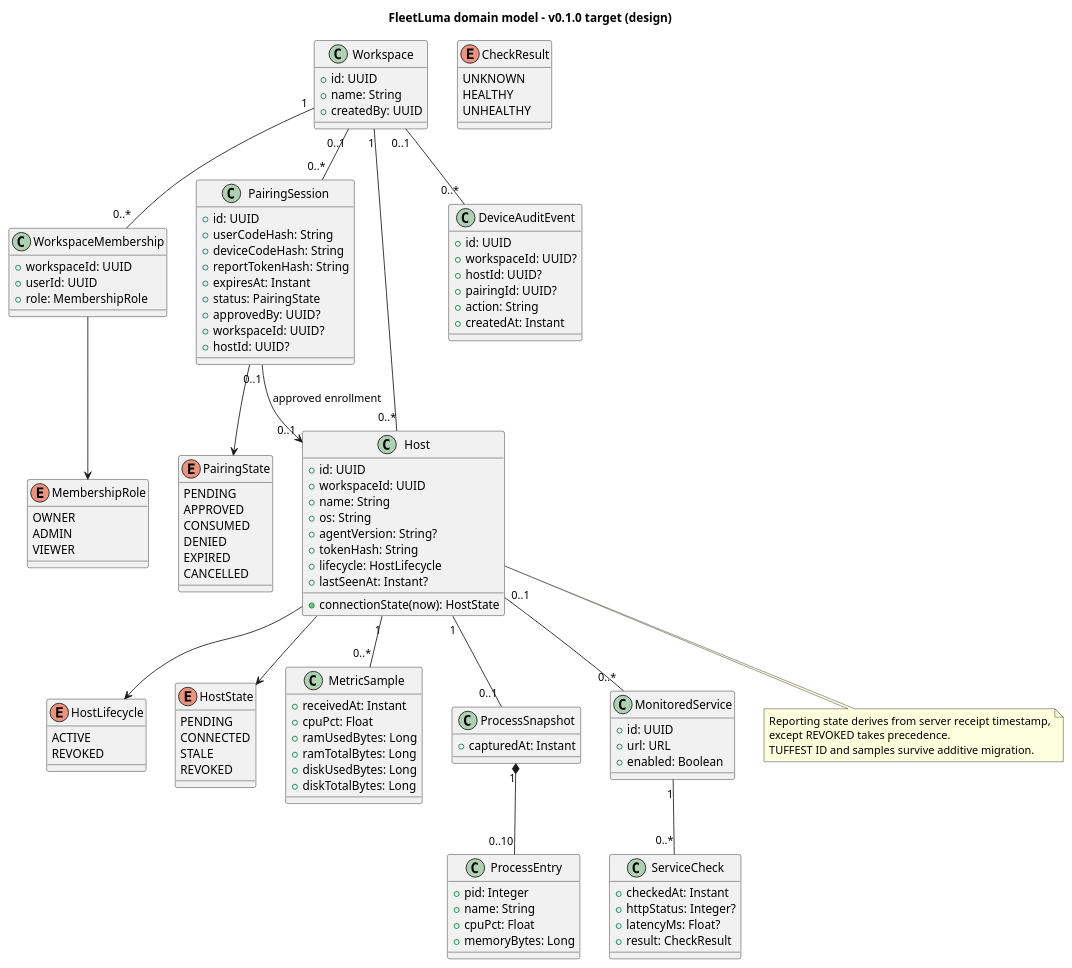
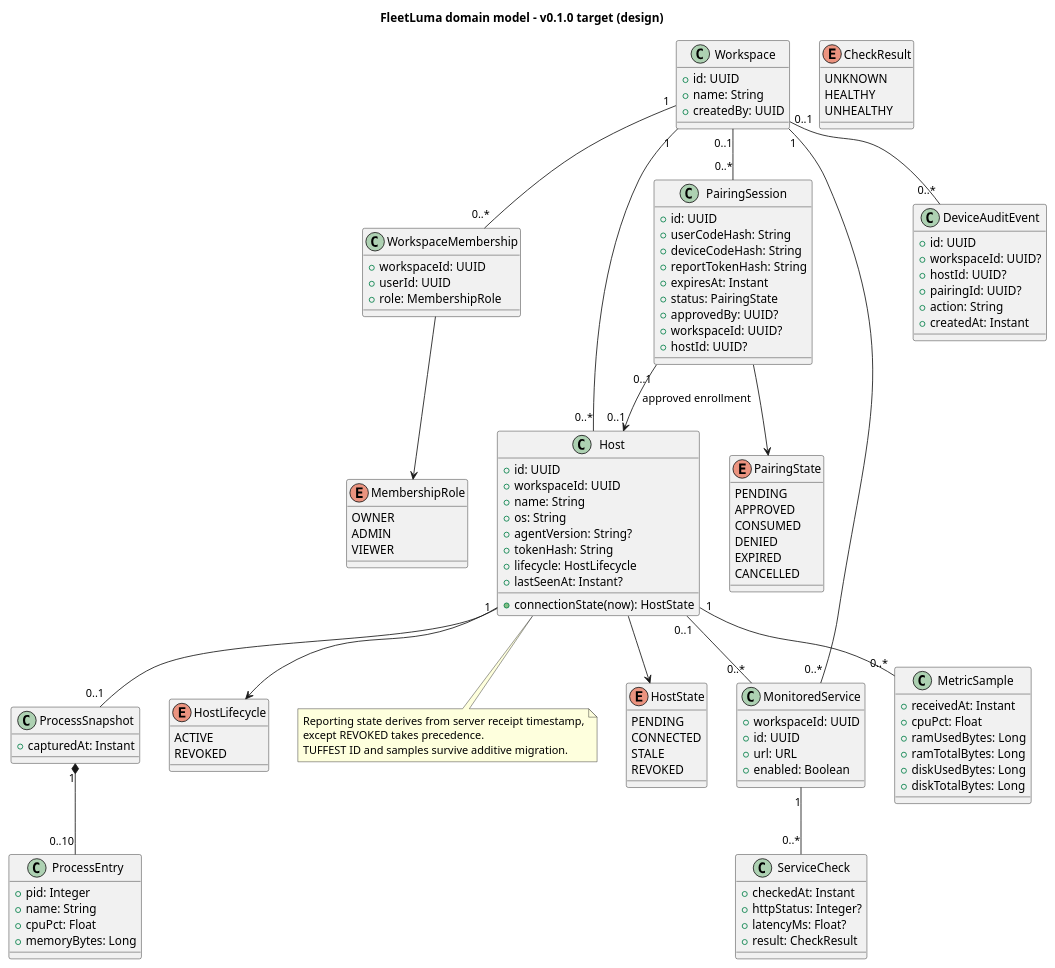
Before and after one commit to Adam-BArbia/fleetluma: the diagram in docs/uml/plantuml/03_class_domain.puml, drawn with PlantUML.

Commit message:
docs(FL-31): explicitly scope independent HTTP services to workspace

```diff
--- a/docs/uml/plantuml/03_class_domain.puml
+++ b/docs/uml/plantuml/03_class_domain.puml
@@ -1,118 +1,120 @@
 @startuml 03_class_domain
 title FleetLuma domain model - v0.1.0 target (design)
 class Workspace {
  +id: UUID
  +name: String
  +createdBy: UUID
 }
 class WorkspaceMembership {
  +workspaceId: UUID
  +userId: UUID
  +role: MembershipRole
 }
 enum MembershipRole {
  OWNER
  ADMIN
  VIEWER
 }
 class PairingSession {
  +id: UUID
  +userCodeHash: String
  +deviceCodeHash: String
  +reportTokenHash: String
  +expiresAt: Instant
  +status: PairingState
  +approvedBy: UUID?
  +workspaceId: UUID?
  +hostId: UUID?
 }
 enum PairingState {
  PENDING
  APPROVED
  CONSUMED
  DENIED
  EXPIRED
  CANCELLED
 }
 class Host {
  +id: UUID
  +workspaceId: UUID
  +name: String
  +os: String
  +agentVersion: String?
  +tokenHash: String
  +lifecycle: HostLifecycle
  +lastSeenAt: Instant?
  +connectionState(now): HostState
 }
 enum HostLifecycle {
  ACTIVE
  REVOKED
 }
 enum HostState {
  PENDING
  CONNECTED
  STALE
  REVOKED
 }
 class DeviceAuditEvent {
  +id: UUID
  +workspaceId: UUID?
  +hostId: UUID?
  +pairingId: UUID?
  +action: String
  +createdAt: Instant
 }
 class MetricSample {
  +receivedAt: Instant
  +cpuPct: Float
  +ramUsedBytes: Long
  +ramTotalBytes: Long
  +diskUsedBytes: Long
  +diskTotalBytes: Long
 }
 class ProcessSnapshot {
  +capturedAt: Instant
 }
 class ProcessEntry {
  +pid: Integer
  +name: String
  +cpuPct: Float
  +memoryBytes: Long
 }
 class MonitoredService {
+ +workspaceId: UUID
  +id: UUID
  +url: URL
  +enabled: Boolean
 }
 class ServiceCheck {
  +checkedAt: Instant
  +httpStatus: Integer?
  +latencyMs: Float?
  +result: CheckResult
 }
 enum CheckResult {
  UNKNOWN
  HEALTHY
  UNHEALTHY
 }
 Workspace "1" -- "0..*" WorkspaceMembership
 WorkspaceMembership --> MembershipRole
 Workspace "1" -- "0..*" Host
+Workspace "1" -- "0..*" MonitoredService
 Workspace "0..1" -- "0..*" PairingSession
 PairingSession --> PairingState
 PairingSession "0..1" --> "0..1" Host : approved enrollment
 Workspace "0..1" -- "0..*" DeviceAuditEvent
 Host --> HostLifecycle
 Host --> HostState
 Host "1" -- "0..*" MetricSample
 Host "1" -- "0..1" ProcessSnapshot
 ProcessSnapshot "1" *-- "0..10" ProcessEntry
 Host "0..1" -- "0..*" MonitoredService
 MonitoredService "1" -- "0..*" ServiceCheck
 note bottom of Host
  Reporting state derives from server receipt timestamp,
  except REVOKED takes precedence.
  TUFFEST ID and samples survive additive migration.
 end note
 @enduml
```
